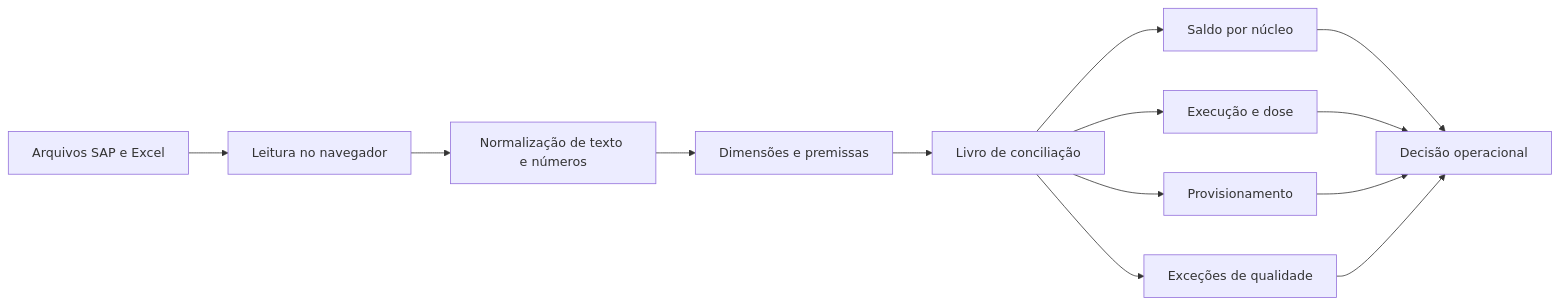
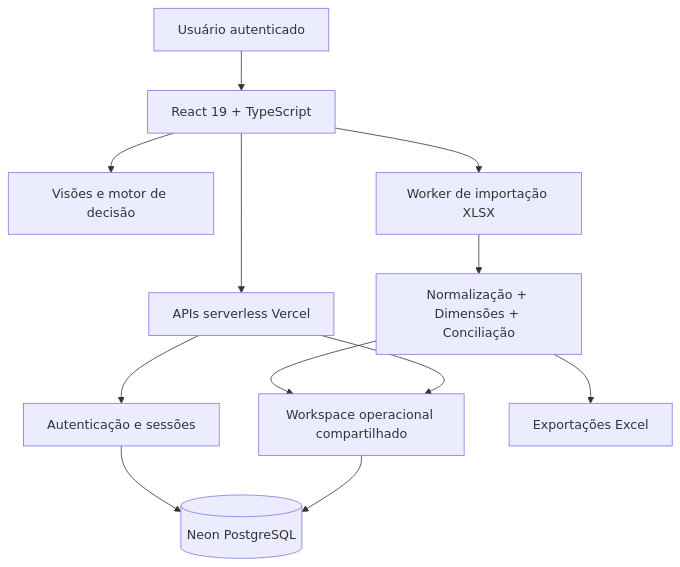
One commit to FortunatoE/Agronexus-360 changed the diagram in README.md. Above: the diagram before and after it, drawn with Mermaid. The commit also changed other lines of this file and 27 other files, not shown here.

````diff
--- a/README.md
+++ b/README.md
@@ -67,15 +88,14 @@
 ```mermaid
-flowchart LR
-    A[Arquivos SAP e Excel] --> B[Leitura no navegador]
-    B --> C[Normalização de texto e números]
-    C --> D[Dimensões e premissas]
-    D --> E[Livro de conciliação]
-    E --> F[Saldo por núcleo]
-    E --> G[Execução e dose]
-    E --> H[Provisionamento]
-    E --> I[Exceções de qualidade]
-    F --> J[Decisão operacional]
-    G --> J
-    H --> J
-    I --> J
+flowchart TB
+    U[Usuário autenticado] --> WEB[React 19 + TypeScript]
+    WEB --> UX[Visões e motor de decisão]
+    WEB --> IMPORT[Worker de importação XLSX]
+    IMPORT --> RULES[Normalização + Dimensões + Conciliação]
+    RULES --> WS[Workspace operacional compartilhado]
+    WEB --> API[APIs serverless Vercel]
+    API --> AUTH[Autenticação e sessões]
+    API --> WS
+    AUTH --> DB[(Neon PostgreSQL)]
+    WS --> DB
+    RULES --> EXPORT[Exportações Excel]
 ```
````
